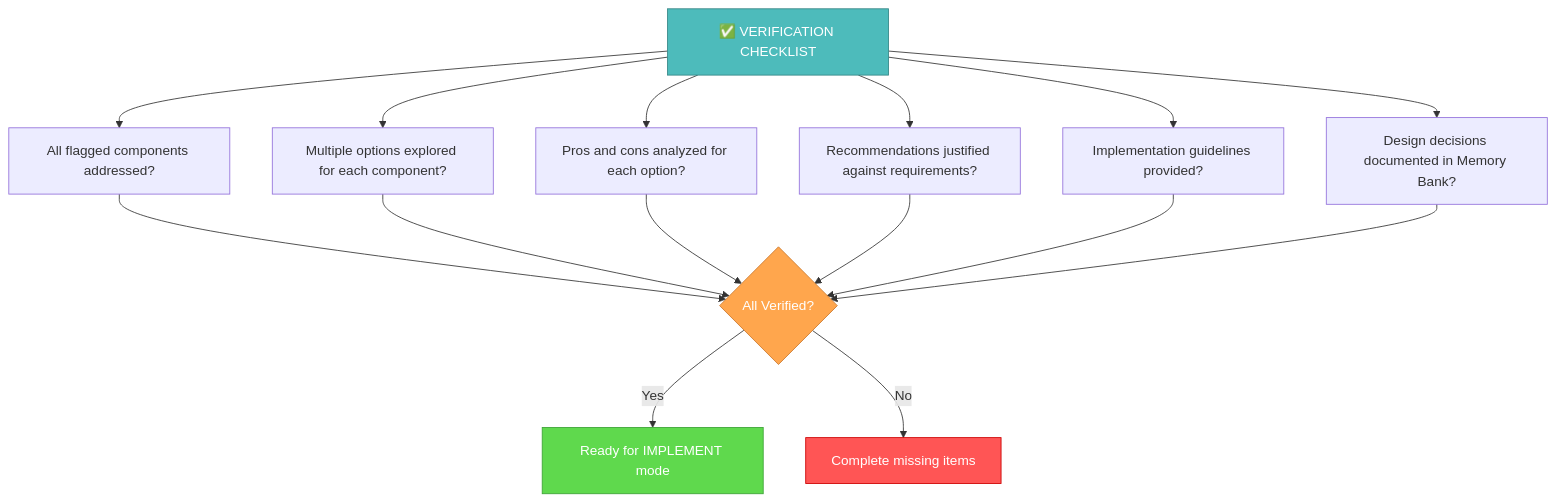
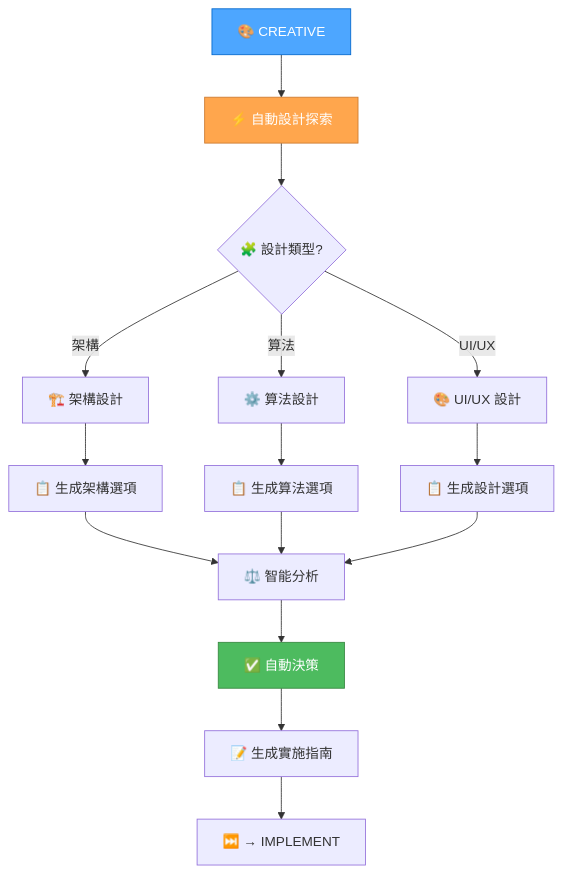
One commit to 7Spade/cursor-memory-bank changed the diagram in .cursor/rules/isolation_rules/Modes/creative-mode-detailed.mdc. Above: the diagram before and after it, drawn with Mermaid. The commit also changed other lines of this file and 13 other files, not shown here.

Commit message:
資訊密度分岔refactor: Update dashboard component to handle undefined profile properties gracefully; implement fallback values for name, email, and roles to enhance user experience

````diff
--- a/.cursor/rules/isolation_rules/Modes/creative-mode-detailed.mdc
+++ b/.cursor/rules/isolation_rules/Modes/creative-mode-detailed.mdc
@@ -264,18 +11,25 @@
 ```mermaid
 graph TD
-    V["✅ VERIFICATION CHECKLIST"] --> C["All flagged components addressed?"]
-    V --> O["Multiple options explored for each component?"]
-    V --> A["Pros and cons analyzed for each option?"]
-    V --> R["Recommendations justified against requirements?"]
-    V --> I["Implementation guidelines provided?"]
-    V --> D["Design decisions documented in Memory Bank?"]
+    Start["🎨 CREATIVE"] --> AutoDesign["⚡ 自動設計探索"]
+    AutoDesign --> Type{"🧩 設計類型?"}
     
-    C & O & A & R & I & D --> Decision{"All Verified?"}
-    Decision -->|"Yes"| Complete["Ready for IMPLEMENT mode"]
-    Decision -->|"No"| Fix["Complete missing items"]
+    Type -->|"架構"| Arch["🏗️ 架構設計"]
+    Type -->|"算法"| Algo["⚙️ 算法設計"]
+    Type -->|"UI/UX"| UI["🎨 UI/UX 設計"]
     
-    style V fill:#4dbbbb,stroke:#368787,color:white
-    style Decision fill:#ffa64d,stroke:#cc7a30,color:white
-    style Complete fill:#5fd94d,stroke:#3da336,color:white
-    style Fix fill:#ff5555,stroke:#cc0000,color:white
+    Arch --> ArchGen["📋 生成架構選項"]
+    Algo --> AlgoGen["📋 生成算法選項"]
+    UI --> UIGen["📋 生成設計選項"]
+    
+    ArchGen --> Analysis["⚖️ 智能分析"]
+    AlgoGen --> Analysis
+    UIGen --> Analysis
+    
+    Analysis --> Decision["✅ 自動決策"]
+    Decision --> Guidelines["📝 生成實施指南"]
+    Guidelines --> Next["⏭️ → IMPLEMENT"]
+    
+    style Start fill:#4da6ff,stroke:#0066cc,color:white
+    style AutoDesign fill:#ffa64d,stroke:#cc7a30,color:white
+    style Decision fill:#4dbb5f,stroke:#36873f,color:white
 ```
````
